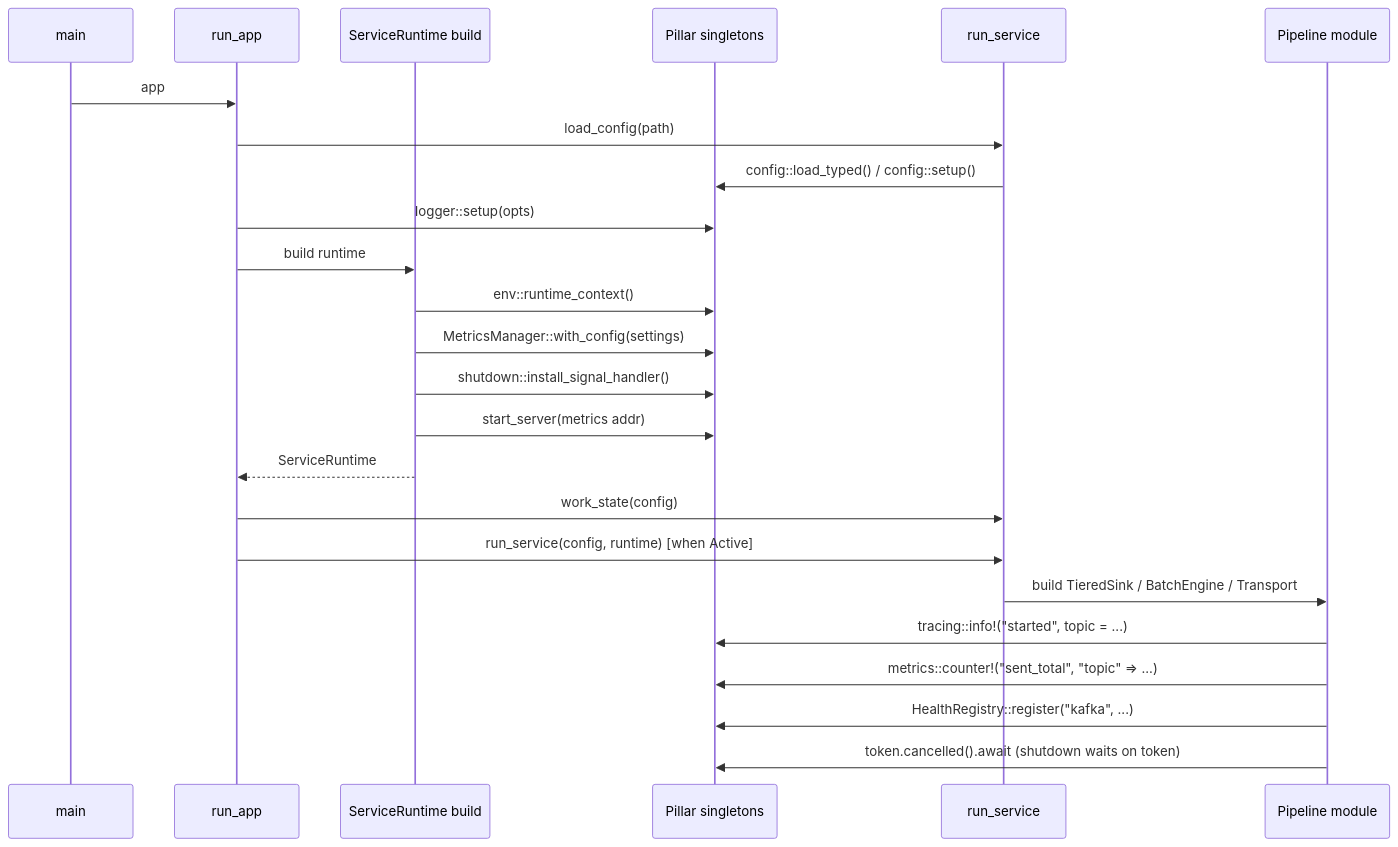
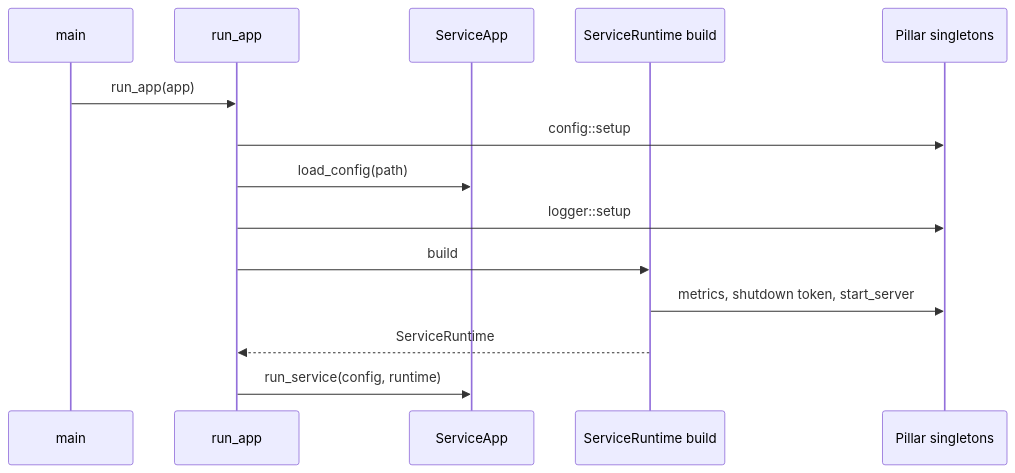
The first of 2 diagrams in docs/auto-wiring.md (hyperi-io/scalo-rs), drawn with Mermaid before and after one commit. The commit also changed other lines of this file and 55 other files, not shown here.

First line of the commit message:
docs(scalo-rs): redraw every diagram and fix claims against code

````diff
--- a/docs/auto-wiring.md
+++ b/docs/auto-wiring.md
@@ -31,27 +32,18 @@
 ```mermaid
 sequenceDiagram
-    participant Main as main
-    participant Run as run_app
-    participant SR as ServiceRuntime build
-    participant Pillars as Pillar singletons
-    participant App as run_service
-    participant Module as Pipeline module
-
-    Main->>Run: app
-    Run->>App: load_config(path)
-    App->>Pillars: config::load_typed() / config::setup()
-    Run->>Pillars: logger::setup(opts)
-    Run->>SR: build runtime
-    SR->>Pillars: env::runtime_context()
-    SR->>Pillars: MetricsManager::with_config(settings)
-    SR->>Pillars: shutdown::install_signal_handler()
-    SR->>Pillars: start_server(metrics addr)
-    SR-->>Run: ServiceRuntime
-    Run->>App: work_state(config)
-    Run->>App: run_service(config, runtime) [when Active]
-    App->>Module: build TieredSink / BatchEngine / Transport
-    Module->>Pillars: tracing::info!("started", topic = ...)
-    Module->>Pillars: metrics::counter!("sent_total", "topic" => ...)
-    Module->>Pillars: HealthRegistry::register("kafka", ...)
-    Module->>Pillars: token.cancelled().await (shutdown waits on token)
+    accTitle: L4 Detail -- Service startup wiring
+    accDescr: run_app sets up the config cascade, has the app load its config, sets up the logger, then builds the ServiceRuntime, which builds metrics and the shutdown token and starts the metrics listener. run_app then hands the config and runtime to run_service.
+    participant main as main
+    participant run as run_app
+    participant app as ServiceApp
+    participant rt as ServiceRuntime build
+    participant pillars as Pillar singletons
+    main->>run: run_app(app)
+    run->>pillars: config::setup
+    run->>app: load_config(path)
+    run->>pillars: logger::setup
+    run->>rt: build
+    rt->>pillars: metrics, shutdown token, start_server
+    rt-->>run: ServiceRuntime
+    run->>app: run_service(config, runtime)
 ```
````
